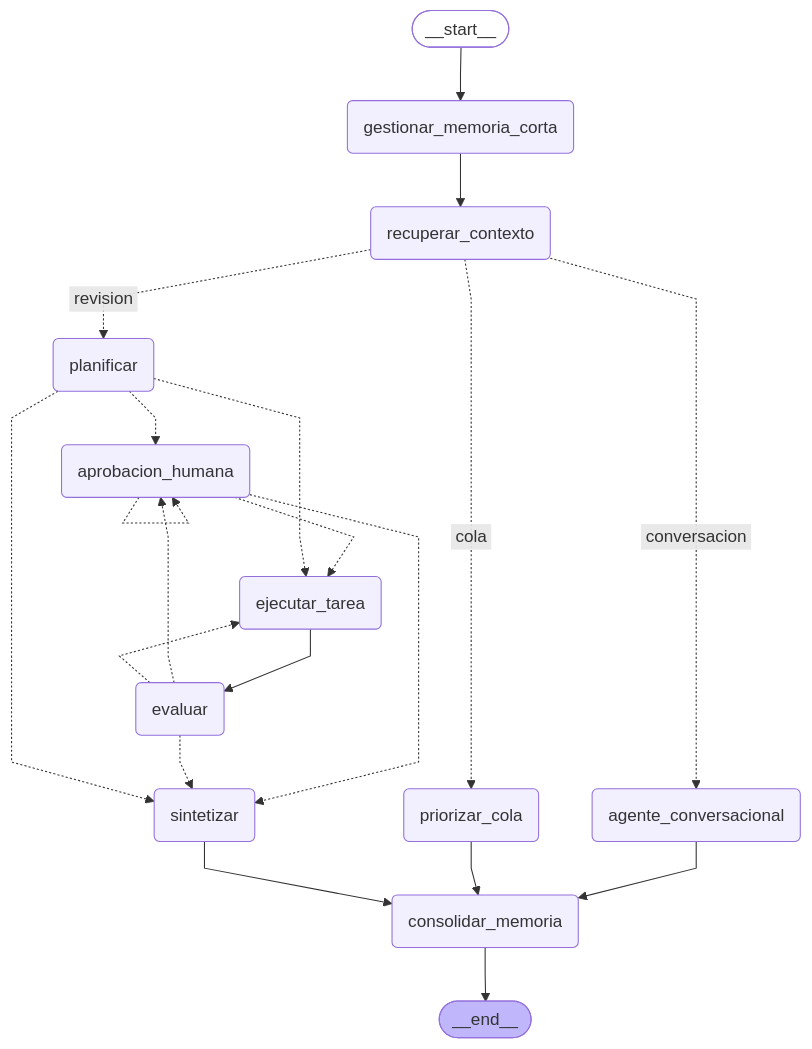
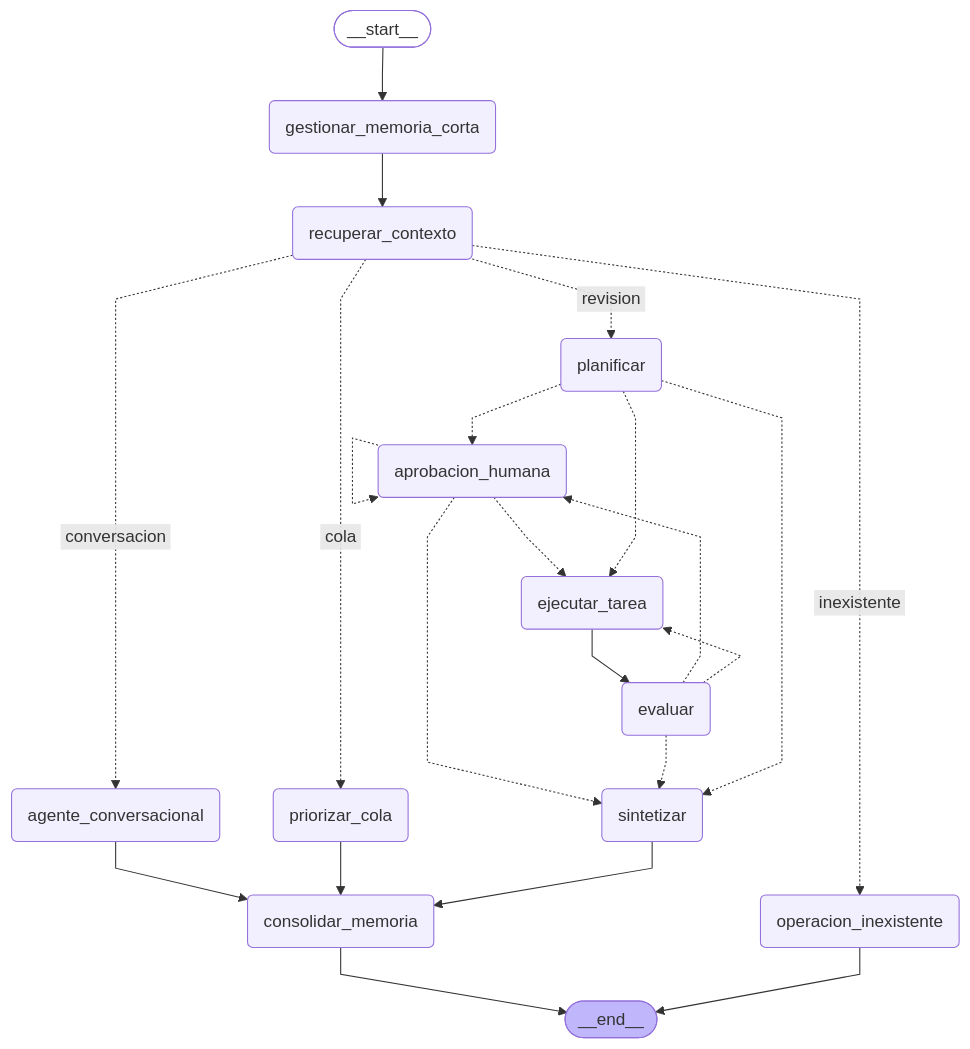
Before and after one commit to maca2003/repo-INGENIERIA-DE-SOLUCIONES-CON-INTELIGENCIA-ARTIFICIAL: the diagram in documentacion/diagramas/grafo_langgraph.mmd, drawn with Mermaid. The commit also changed 54 other files, not shown here.

```diff
--- a/documentacion/diagramas/grafo_langgraph.mmd
+++ b/documentacion/diagramas/grafo_langgraph.mmd
@@ -1,40 +1,43 @@
 ---
 config:
   flowchart:
     curve: linear
 ---
 graph TD;
 	__start__([<p>__start__</p>]):::first
 	gestionar_memoria_corta(gestionar_memoria_corta)
 	recuperar_contexto(recuperar_contexto)
 	planificar(planificar)
 	ejecutar_tarea(ejecutar_tarea)
 	evaluar(evaluar)
 	aprobacion_humana(aprobacion_humana)
 	sintetizar(sintetizar)
 	agente_conversacional(agente_conversacional)
 	priorizar_cola(priorizar_cola)
+	operacion_inexistente(operacion_inexistente)
 	consolidar_memoria(consolidar_memoria)
 	__end__([<p>__end__</p>]):::last
 	__start__ --> gestionar_memoria_corta;
 	agente_conversacional --> consolidar_memoria;
 	aprobacion_humana -.-> ejecutar_tarea;
 	aprobacion_humana -.-> sintetizar;
 	ejecutar_tarea --> evaluar;
 	evaluar -.-> aprobacion_humana;
 	evaluar -.-> ejecutar_tarea;
 	evaluar -.-> sintetizar;
 	gestionar_memoria_corta --> recuperar_contexto;
 	planificar -.-> aprobacion_humana;
 	planificar -.-> ejecutar_tarea;
 	planificar -.-> sintetizar;
 	priorizar_cola --> consolidar_memoria;
 	recuperar_contexto -. &nbsp;conversacion&nbsp; .-> agente_conversacional;
+	recuperar_contexto -. &nbsp;inexistente&nbsp; .-> operacion_inexistente;
 	recuperar_contexto -. &nbsp;revision&nbsp; .-> planificar;
 	recuperar_contexto -. &nbsp;cola&nbsp; .-> priorizar_cola;
 	sintetizar --> consolidar_memoria;
 	consolidar_memoria --> __end__;
+	operacion_inexistente --> __end__;
 	aprobacion_humana -.-> aprobacion_humana;
 	classDef default fill:#f2f0ff,line-height:1.2
 	classDef first fill-opacity:0
 	classDef last fill:#bfb6fc
```
